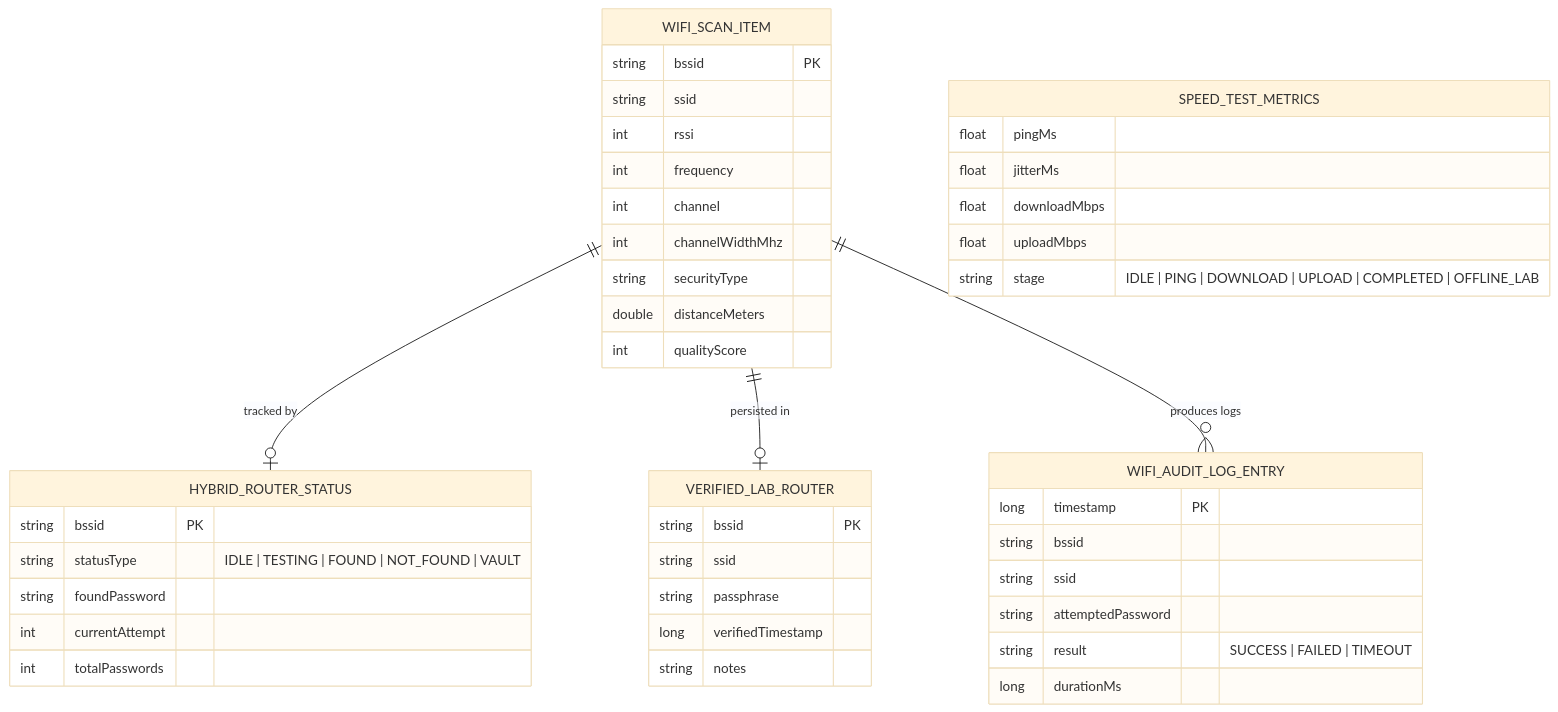
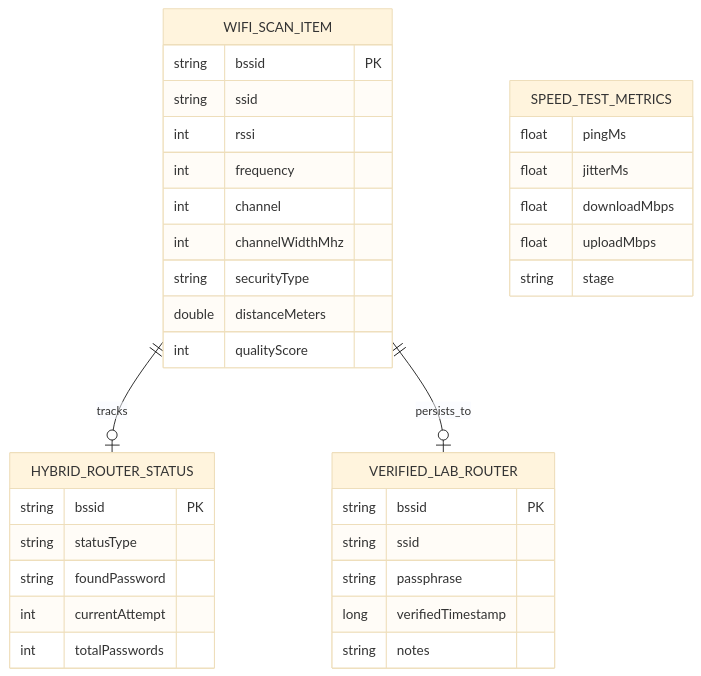
One commit to viPipar/WeFi changed the diagram in README.md. Above: the diagram before and after it, drawn with Mermaid (base theme). The commit also changed other lines of this file, not shown here.

````diff
--- a/README.md
+++ b/README.md
@@ -91,51 +73,41 @@
 ```mermaid
 erDiagram
     WIFI_SCAN_ITEM {
         string bssid PK
         string ssid
         int rssi
         int frequency
         int channel
         int channelWidthMhz
         string securityType
         double distanceMeters
         int qualityScore
     }
 
     VERIFIED_LAB_ROUTER {
         string bssid PK
         string ssid
         string passphrase
         long verifiedTimestamp
         string notes
     }
 
     HYBRID_ROUTER_STATUS {
         string bssid PK
-        string statusType "IDLE | TESTING | FOUND | NOT_FOUND | VAULT"
+        string statusType
         string foundPassword
         int currentAttempt
         int totalPasswords
     }
 
     SPEED_TEST_METRICS {
         float pingMs
         float jitterMs
         float downloadMbps
         float uploadMbps
-        string stage "IDLE | PING | DOWNLOAD | UPLOAD | COMPLETED | OFFLINE_LAB"
+        string stage
     }
 
-    WIFI_AUDIT_LOG_ENTRY {
-        long timestamp PK
-        string bssid
-        string ssid
-        string attemptedPassword
-        string result "SUCCESS | FAILED | TIMEOUT"
-        long durationMs
-    }
-
-    WIFI_SCAN_ITEM ||--o| HYBRID_ROUTER_STATUS : "tracked by"
-    WIFI_SCAN_ITEM ||--o| VERIFIED_LAB_ROUTER : "persisted in"
-    WIFI_SCAN_ITEM ||--o{ WIFI_AUDIT_LOG_ENTRY : "produces logs"
+    WIFI_SCAN_ITEM ||--o| HYBRID_ROUTER_STATUS : tracks
+    WIFI_SCAN_ITEM ||--o| VERIFIED_LAB_ROUTER : persists_to
 ```
````
